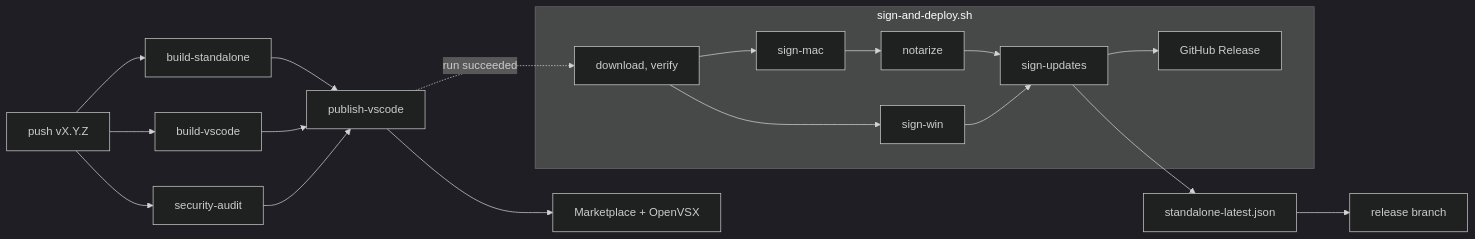
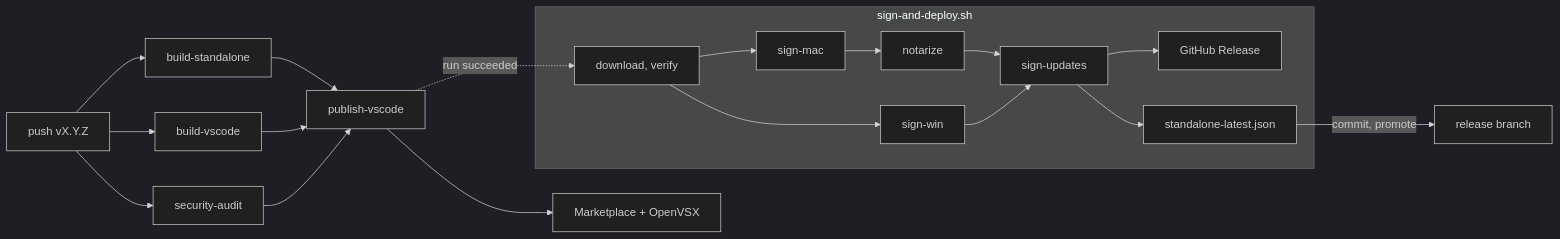
One commit to diffplug/dormouse changed the diagram in docs/specs/deploy.md. Above: the diagram before and after it, drawn with Mermaid (dark theme).

Commit message:
deploy: review fixes to the release pipeline diagram
Fixes 9214842fd: standalone-latest.json is written by sign_updates inside
scripts/sign-and-deploy.sh, but was drawn outside the `local` subgraph.
The node now sits inside it, and the arrow out to the release branch is
labelled "commit, promote" (release checklist step 6: commit the
manifest, then push origin/main:release).

````diff
--- a/docs/specs/deploy.md
+++ b/docs/specs/deploy.md
@@ -56,11 +56,12 @@
 ```mermaid
 flowchart LR
   tag[push vX.Y.Z] --> bs[build-standalone] & bv[build-vscode] & sa[security-audit]
   bs & bv & sa --> pv[publish-vscode] --> mp[Marketplace + OpenVSX]
   pv -. run succeeded .-> dl
   subgraph local [sign-and-deploy.sh]
     dl[download, verify] --> sm[sign-mac] --> nz[notarize] --> su[sign-updates]
     dl --> sw[sign-win] --> su --> rel[GitHub Release]
+    su --> man[standalone-latest.json]
   end
-  su --> man[standalone-latest.json] --> web[release branch]
+  man -- commit, promote --> web[release branch]
 ```
````
